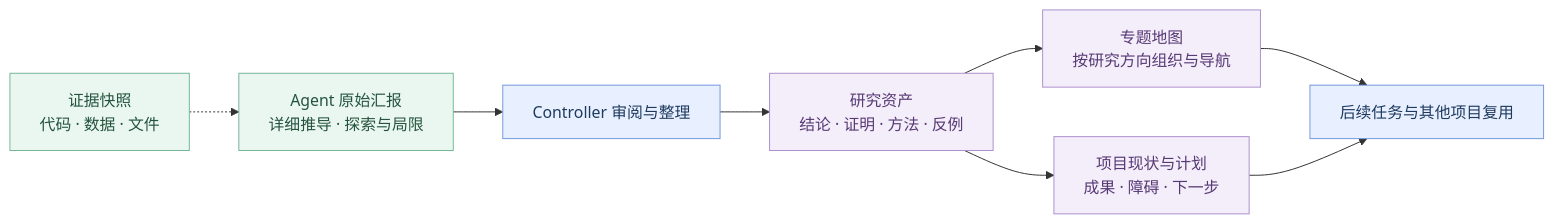
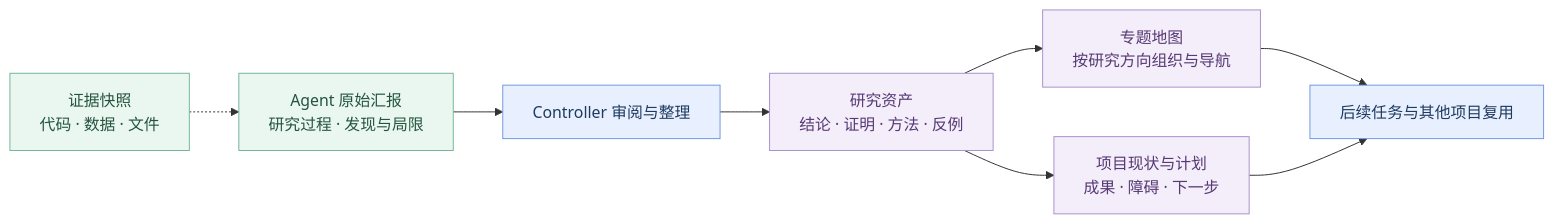
One commit to DeepMathLLM/DeepSeek-math-exploration changed the second of 4 diagrams in workbench/README.md. Above: the diagram before and after it, drawn with Mermaid. The commit also changed other lines of this file, not shown here.

````diff
--- a/workbench/README.md
+++ b/workbench/README.md
@@ -91,16 +105,16 @@
 ```mermaid
 flowchart LR
-    R[Agent 原始汇报<br/>详细推导 · 探索与局限] --> C[Controller 审阅与整理]
+    R[Agent 原始汇报<br/>研究过程 · 发现与局限] --> C[Controller 审阅与整理]
     E[证据快照<br/>代码 · 数据 · 文件] -.-> R
     C --> A[研究资产<br/>结论 · 证明 · 方法 · 反例]
     A --> M[专题地图<br/>按研究方向组织与导航]
     A --> P[项目现状与计划<br/>成果 · 障碍 · 下一步]
     M --> N[后续任务与其他项目复用]
     P --> N
     classDef source fill:#eaf7f0,stroke:#75b798,color:#24543e
     classDef work fill:#e8f0ff,stroke:#7398db,color:#1e3a5f
     classDef knowledge fill:#f3eefa,stroke:#ad91cd,color:#573974
     class R,E source
     class C,N work
     class A,M,P knowledge
 ```
````
